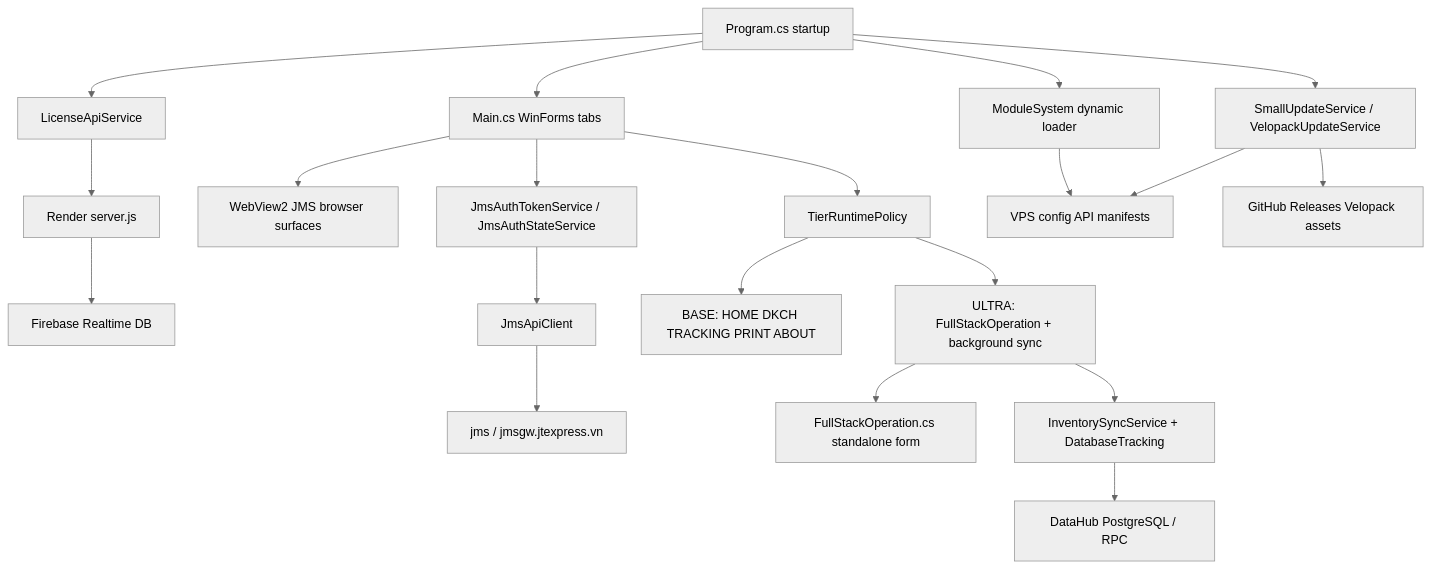
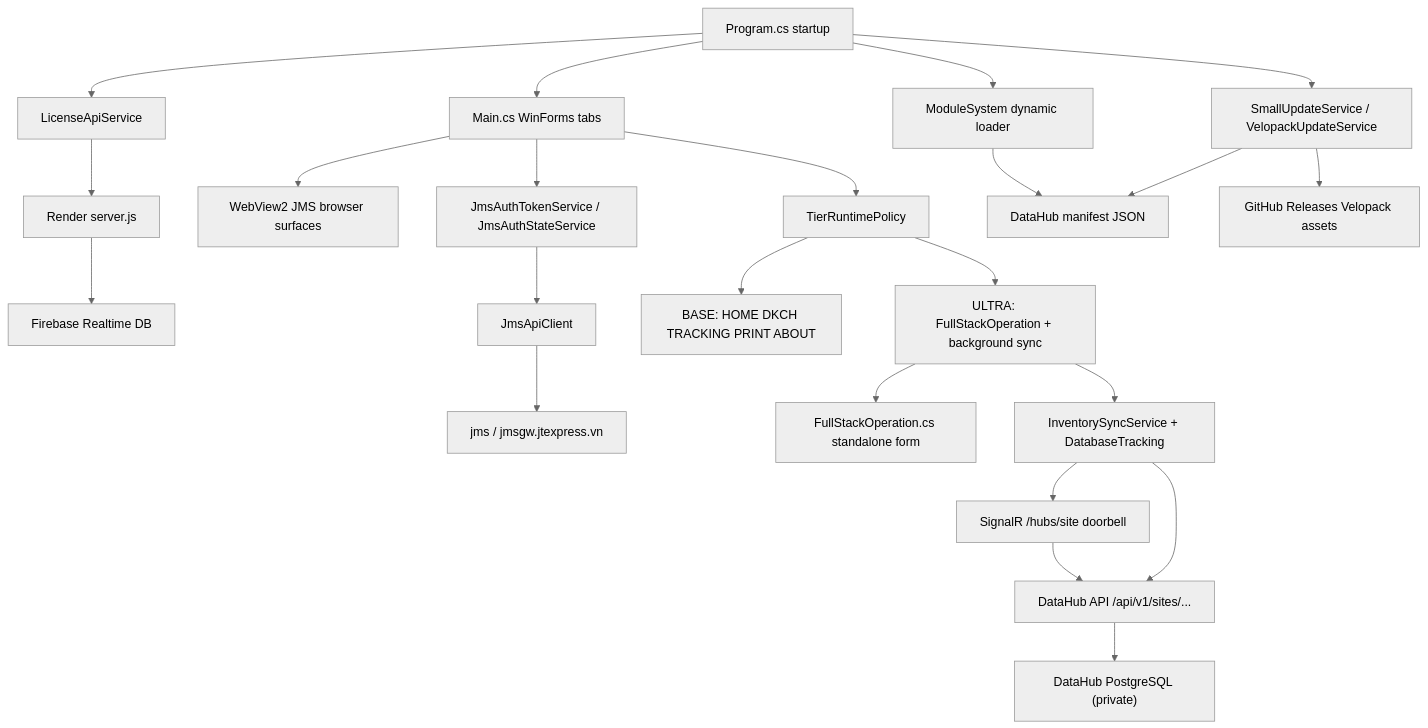
One commit to Datt03-sss/AutoJMS changed the diagram in .agent/context/current-architecture.md. Above: the diagram before and after it, drawn with Mermaid (neutral theme). The commit also changed other lines of this file and 62 other files, not shown here.

````diff
--- a/.agent/context/current-architecture.md
+++ b/.agent/context/current-architecture.md
@@ -7,22 +7,25 @@
 ```mermaid
 flowchart TD
     Program["Program.cs startup"] --> License["LicenseApiService"]
     License --> Render["Render server.js"]
     Render --> Firebase["Firebase Realtime DB"]
     Program --> Main["Main.cs WinForms tabs"]
     Main --> WebView["WebView2 JMS browser surfaces"]
     Main --> JmsAuth["JmsAuthTokenService / JmsAuthStateService"]
     JmsAuth --> JmsApi["JmsApiClient"]
     JmsApi --> JMS["jms / jmsgw.jtexpress.vn"]
     Main --> Tier["TierRuntimePolicy"]
     Tier --> Base["BASE: HOME DKCH TRACKING PRINT ABOUT"]
     Tier --> Ultra["ULTRA: FullStackOperation + background sync"]
     Ultra --> FullStack["FullStackOperation.cs standalone form"]
     Ultra --> Sync["InventorySyncService + DatabaseTracking"]
-    Sync --> DataHubDb["DataHub PostgreSQL / RPC"]
+    Sync --> DataHubApi["DataHub API /api/v1/sites/..."]
+    Sync --> Hub["SignalR /hubs/site doorbell"]
+    DataHubApi --> DataHubDb["DataHub PostgreSQL (private)"]
+    Hub --> DataHubApi
     Program --> Updates["SmallUpdateService / VelopackUpdateService"]
-    Updates --> DataHubStorage["VPS config API manifests"]
+    Updates --> DataHubStorage["DataHub manifest JSON"]
     Updates --> GitHub["GitHub Releases Velopack assets"]
     Program --> Modules["ModuleSystem dynamic loader"]
     Modules --> DataHubStorage
 ```
````
